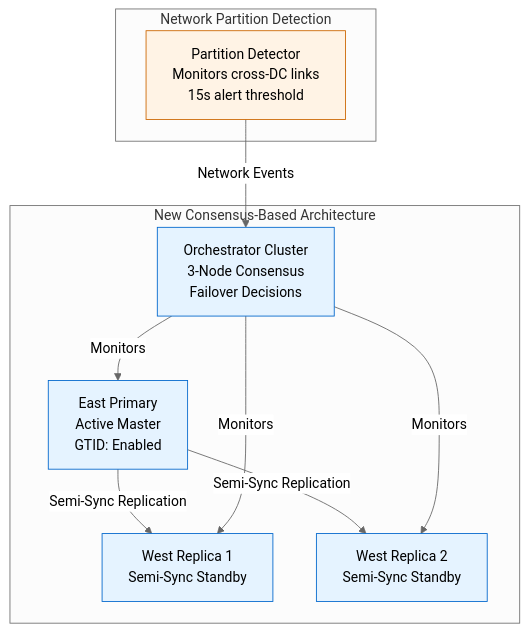
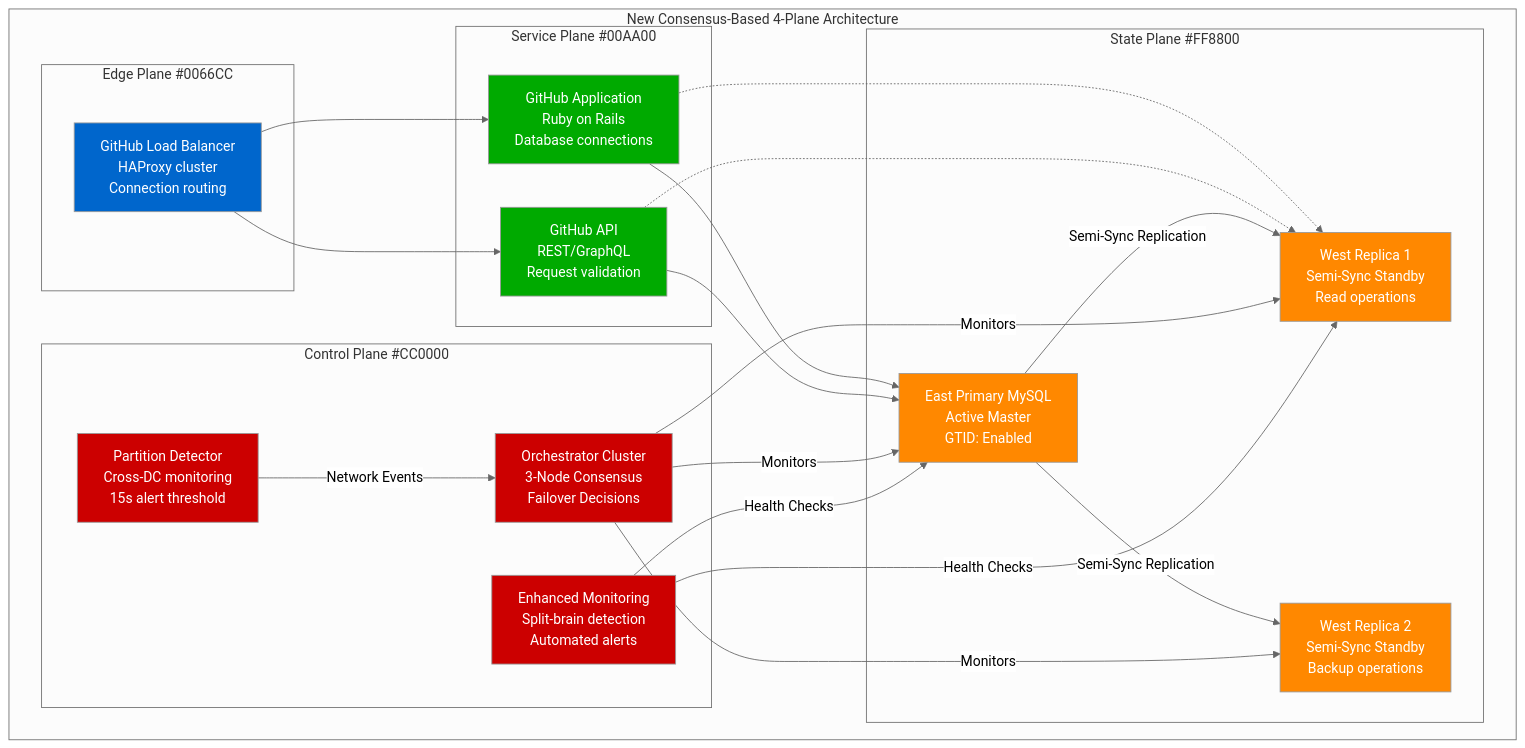
The third of 3 diagrams in site/docs/incidents/github-2018.md (deepaucksharma/DS), drawn with Mermaid (neutral theme) before and after one commit. The commit also changed other lines of this file and 42 other files, not shown here.

````diff
--- a/site/docs/incidents/github-2018.md
+++ b/site/docs/incidents/github-2018.md
@@ -329,30 +333,53 @@
 ```mermaid
 graph TB
-    subgraph Consensus["New Consensus-Based Architecture"]
-        EastPrimary["East Primary<br/>Active Master<br/>GTID: Enabled"]
-        WestReplica1["West Replica 1<br/>Semi-Sync Standby"]
-        WestReplica2["West Replica 2<br/>Semi-Sync Standby"]
+    subgraph Enhanced["New Consensus-Based 4-Plane Architecture"]
+        subgraph Edge["Edge Plane #0066CC"]
+            GitHubLB["GitHub Load Balancer<br/>HAProxy cluster<br/>Connection routing"]
+        end
 
-        Orchestrator["Orchestrator Cluster<br/>3-Node Consensus<br/>Failover Decisions"]
+        subgraph Service["Service Plane #00AA00"]
+            GitHubApp["GitHub Application<br/>Ruby on Rails<br/>Database connections"]
+            API["GitHub API<br/>REST/GraphQL<br/>Request validation"]
+        end
+
+        subgraph State["State Plane #FF8800"]
+            EastPrimary["East Primary MySQL<br/>Active Master<br/>GTID: Enabled"]
+            WestReplica1["West Replica 1<br/>Semi-Sync Standby<br/>Read operations"]
+            WestReplica2["West Replica 2<br/>Semi-Sync Standby<br/>Backup operations"]
+        end
+
+        subgraph Control["Control Plane #CC0000"]
+            Orchestrator["Orchestrator Cluster<br/>3-Node Consensus<br/>Failover Decisions"]
+            PartitionDetector["Partition Detector<br/>Cross-DC monitoring<br/>15s alert threshold"]
+            Monitoring["Enhanced Monitoring<br/>Split-brain detection<br/>Automated alerts"]
+        end
+
+        GitHubLB --> GitHubApp
+        GitHubLB --> API
+        GitHubApp --> EastPrimary
+        API --> EastPrimary
+        GitHubApp -.-> WestReplica1
+        API -.-> WestReplica1
 
         EastPrimary -->|"Semi-Sync Replication"| WestReplica1
         EastPrimary -->|"Semi-Sync Replication"| WestReplica2
 
         Orchestrator -->|"Monitors"| EastPrimary
         Orchestrator -->|"Monitors"| WestReplica1
         Orchestrator -->|"Monitors"| WestReplica2
+        PartitionDetector -->|"Network Events"| Orchestrator
+        Monitoring -->|"Health Checks"| EastPrimary
+        Monitoring -->|"Health Checks"| WestReplica1
     end
 
-    subgraph NetworkMonitor["Network Partition Detection"]
-        PartitionDetector["Partition Detector<br/>Monitors cross-DC links<br/>15s alert threshold"]
+    %% Apply 4-plane architecture colors
+    classDef edgeStyle fill:#0066CC,color:#fff
+    classDef serviceStyle fill:#00AA00,color:#fff
+    classDef stateStyle fill:#FF8800,color:#fff
+    classDef controlStyle fill:#CC0000,color:#fff
 
-        PartitionDetector -->|"Network Events"| Orchestrator
-    end
-
-    %% Style the enhanced architecture
-    classDef enhancedStyle fill:#E5F3FF,stroke:#0066CC,color:#000
-    classDef monitorStyle fill:#FFF3E5,stroke:#CC6600,color:#000
-
-    class EastPrimary,WestReplica1,WestReplica2,Orchestrator enhancedStyle
-    class PartitionDetector monitorStyle
+    class GitHubLB edgeStyle
+    class GitHubApp,API serviceStyle
+    class EastPrimary,WestReplica1,WestReplica2 stateStyle
+    class Orchestrator,PartitionDetector,Monitoring controlStyle
 ```
````
